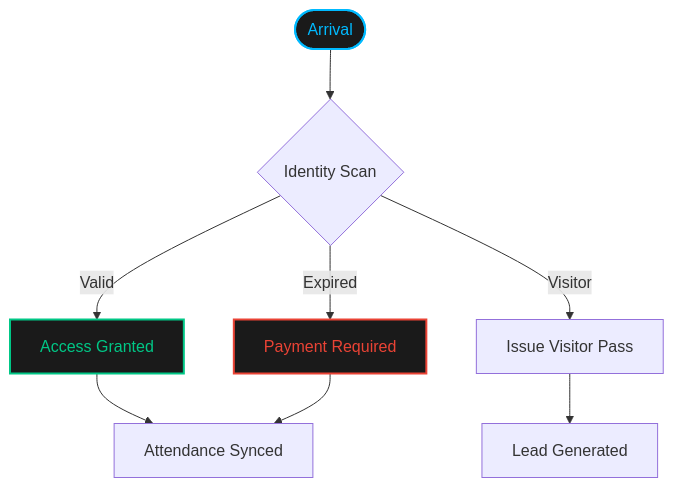
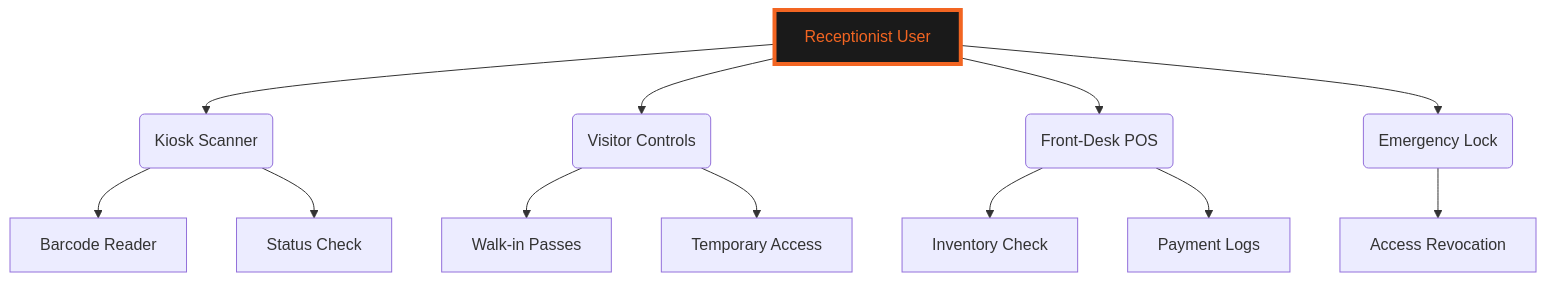
Before and after one commit to Eternalcodertanishq3/Advanced-Gym-Portal: the first of 4 diagrams in docs/receptionist.md, drawn with Mermaid. The commit also changed other lines of this file and 9 other files, not shown here.

Commit message:
docs: expand remaining docs to exceed 300 lines each with Mermaid system flowcharts

````diff
--- a/docs/receptionist.md
+++ b/docs/receptionist.md
@@ -17,15 +32,20 @@
 ```mermaid
-flowchart TD
-    Start([Arrival]) --> Scan{Identity Scan}
-    Scan -->|Valid| OK[Access Granted]
-    Scan -->|Expired| PY[Payment Required]
-    Scan -->|Visitor| VP[Issue Visitor Pass]
+graph TD
+    A[Receptionist User] --> B(Kiosk Scanner)
+    A --> C(Visitor Controls)
+    A --> D(Front-Desk POS)
+    A --> E(Emergency Lock)
     
-    OK --> Log[Attendance Synced]
-    PY --> Log
-    VP --> Lead[Lead Generated]
+    B --> B1[Barcode Reader]
+    B --> B2[Status Check]
     
-    style Start fill:#1A1A1A,stroke:#00BAFF,stroke-width:2px,color:#00BAFF
-    style OK fill:#1A1A1A,stroke:#00C786,stroke-width:2px,color:#00C786
-    style PY fill:#1A1A1A,stroke:#EA4335,stroke-width:2px,color:#EA4335
+    C --> C1[Walk-in Passes]
+    C --> C2[Temporary Access]
+    
+    D --> D1[Inventory Check]
+    D --> D2[Payment Logs]
+    
+    E --> E1[Access Revocation]
+    
+    style A fill:#1A1A1A,stroke:#F26522,stroke-width:4px,color:#F26522
 ```
````
